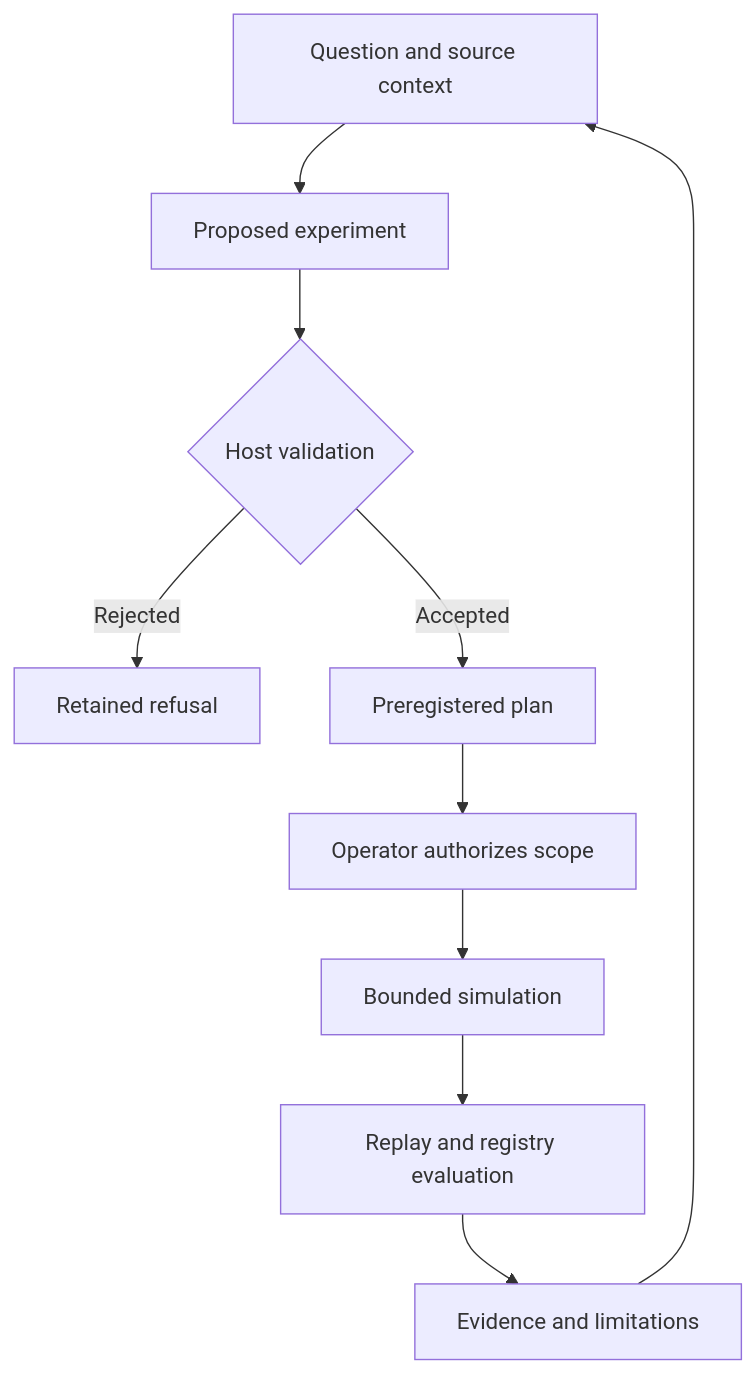
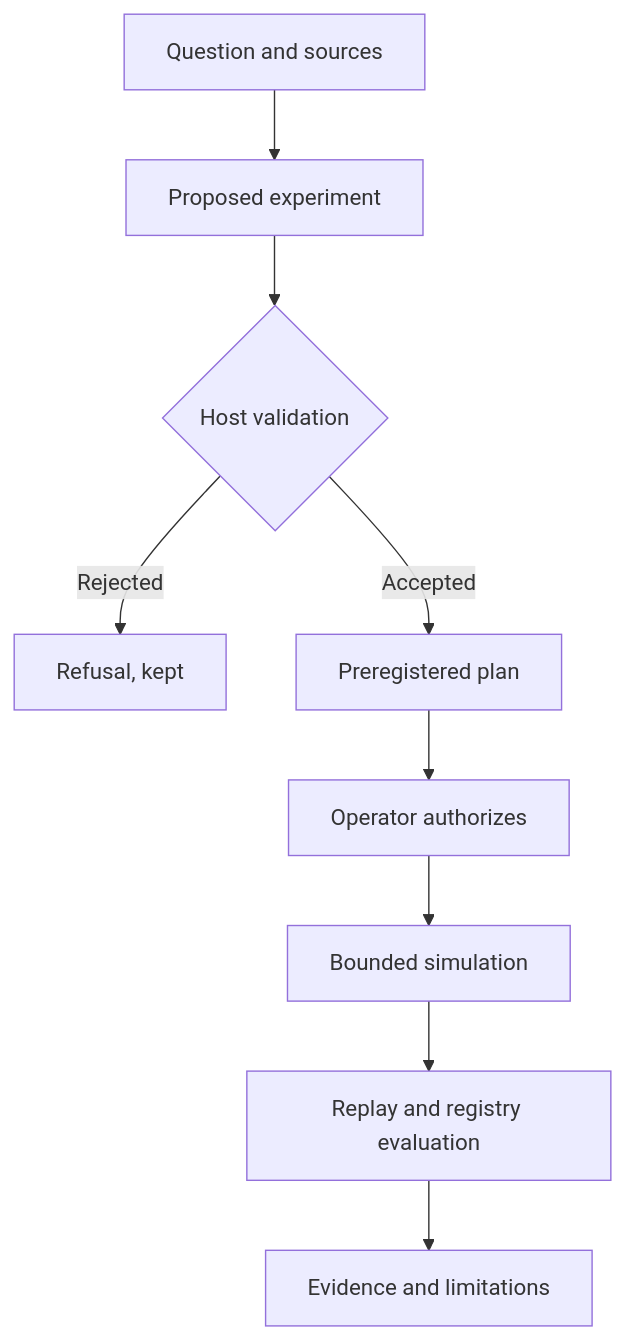
One commit to topherchris420/lop-nur-twin changed the second of 2 diagrams in README.md. Above: the diagram before and after it, drawn with Mermaid. The commit also changed other lines of this file and 5 other files, not shown here.

````diff
--- a/README.md
+++ b/README.md
@@ -488,12 +246,11 @@
 ```mermaid
 flowchart TD
-  Q["Question and source context"] --> D["Proposed experiment"]
+  Q["Question and sources"] --> D["Proposed experiment"]
   D --> V{"Host validation"}
-  V -->|Rejected| J["Retained refusal"]
+  V -->|Rejected| J["Refusal, kept"]
   V -->|Accepted| P["Preregistered plan"]
-  P --> A["Operator authorizes scope"]
+  P --> A["Operator authorizes"]
   A --> X["Bounded simulation"]
   X --> R["Replay and registry evaluation"]
   R --> E["Evidence and limitations"]
-  E --> Q
 ```
````
